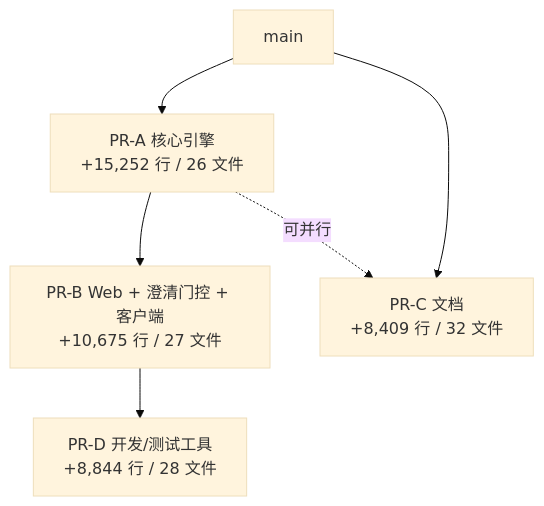
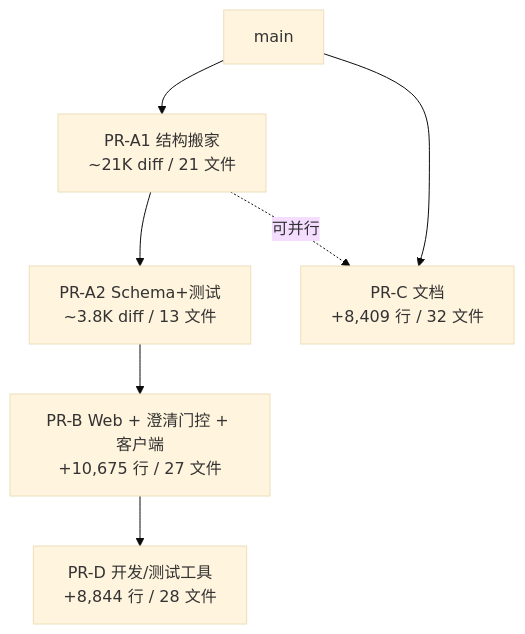
The first of 2 diagrams in docs/PR拆分合入主线操作说明.md (yiliangbetter/IndustrialRAG), drawn with Mermaid (base theme) before and after one commit. The commit also changed other lines of this file, not shown here.

Commit message:
docs: update PR split guide — PR-A splits into A1 (restructure ~21K) + A2 (schema+tests ~3.8K)

````diff
--- a/docs/PR拆分合入主线操作说明.md
+++ b/docs/PR拆分合入主线操作说明.md
@@ -29,14 +32,16 @@
 ```mermaid
 graph TD
     main[main]
-    A["PR-A 核心引擎<br/>+15,252 行 / 26 文件"]
+    A1["PR-A1 结构搬家<br/>~21K diff / 21 文件"]
+    A2["PR-A2 Schema+测试<br/>~3.8K diff / 13 文件"]
     B["PR-B Web + 澄清门控 + 客户端<br/>+10,675 行 / 27 文件"]
     C["PR-C 文档<br/>+8,409 行 / 32 文件"]
     D["PR-D 开发/测试工具<br/>+8,844 行 / 28 文件"]
 
-    main --> A
-    A --> B
+    main --> A1
+    A1 --> A2
+    A2 --> B
     main --> C
     B --> D
-    A -.可并行.-> C
+    A1 -.可并行.-> C
 ```
````
